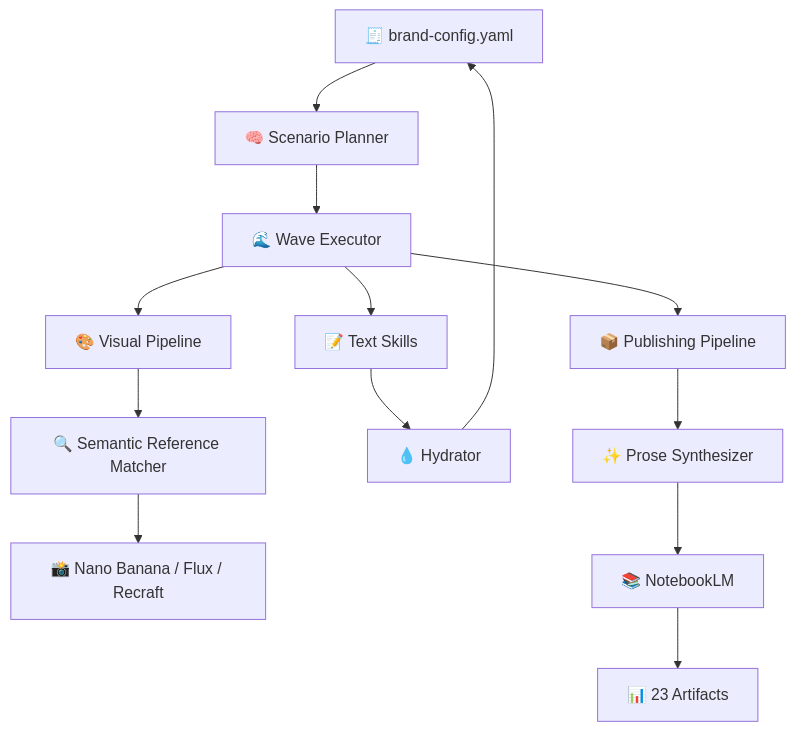
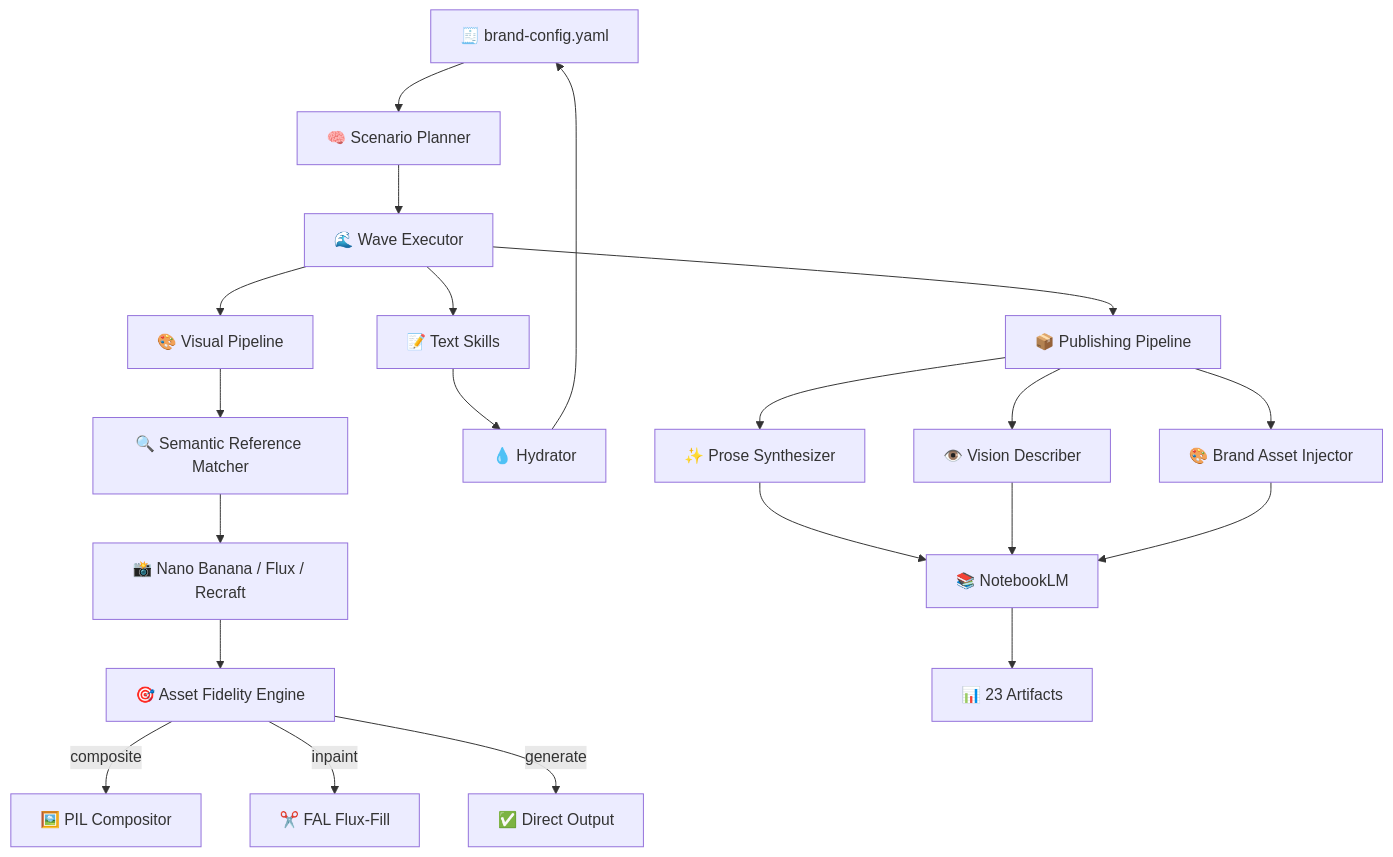
One commit to Sheshiyer/brandmint-oracle-aleph changed the diagram in README.md. Above: the diagram before and after it, drawn with Mermaid. The commit also changed other lines of this file and 2 other files, not shown here.

````diff
--- a/README.md
+++ b/README.md
@@ -169,15 +220,23 @@
 ```mermaid
 graph TD
     A[🧾 brand-config.yaml] --> B[🧠 Scenario Planner]
     B --> C[🌊 Wave Executor]
     C --> D[📝 Text Skills]
     C --> E[🎨 Visual Pipeline]
     E --> K[🔍 Semantic Reference Matcher]
     K --> L[📸 Nano Banana / Flux / Recraft]
+    L --> M[🎯 Asset Fidelity Engine]
+    M -->|composite| N[🖼️ PIL Compositor]
+    M -->|inpaint| O[✂️ FAL Flux-Fill]
+    M -->|generate| P[✅ Direct Output]
     D --> F[💧 Hydrator]
     F --> A
     C --> G[📦 Publishing Pipeline]
     G --> H[✨ Prose Synthesizer]
+    G --> Q[👁️ Vision Describer]
+    G --> R[🎨 Brand Asset Injector]
     H --> I[📚 NotebookLM]
+    Q --> I
+    R --> I
     I --> J[📊 23 Artifacts]
 ```
````
